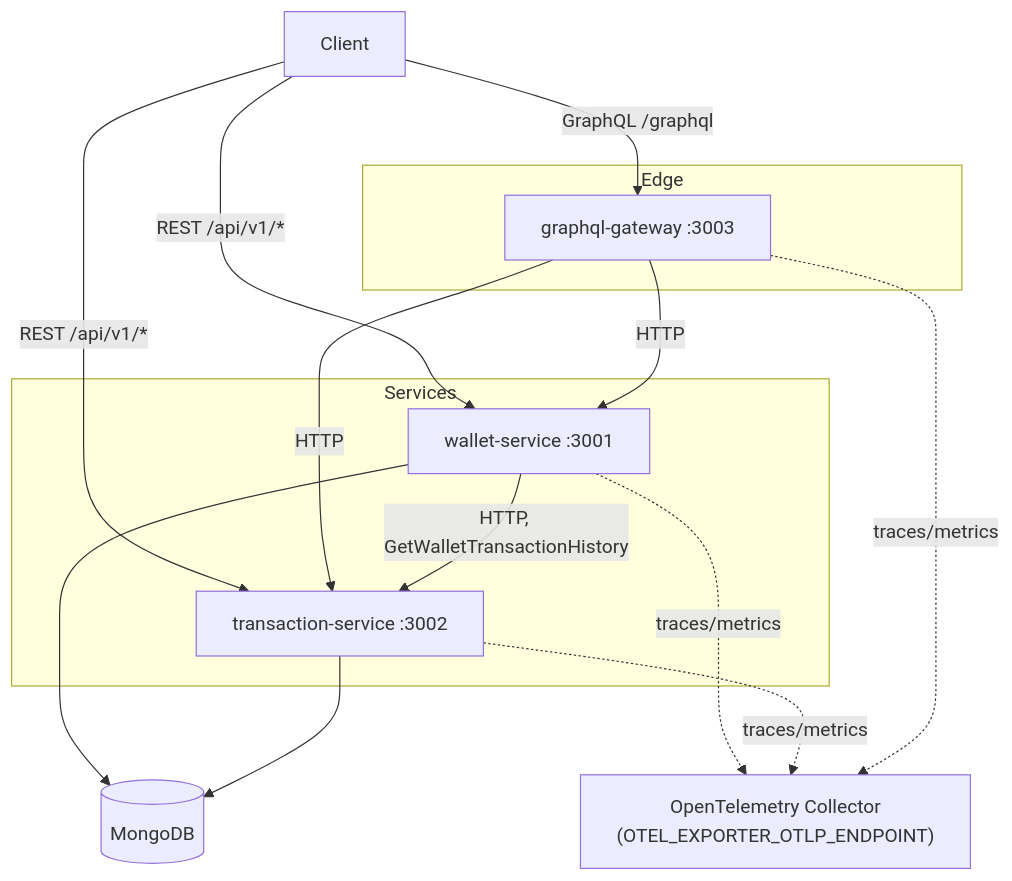
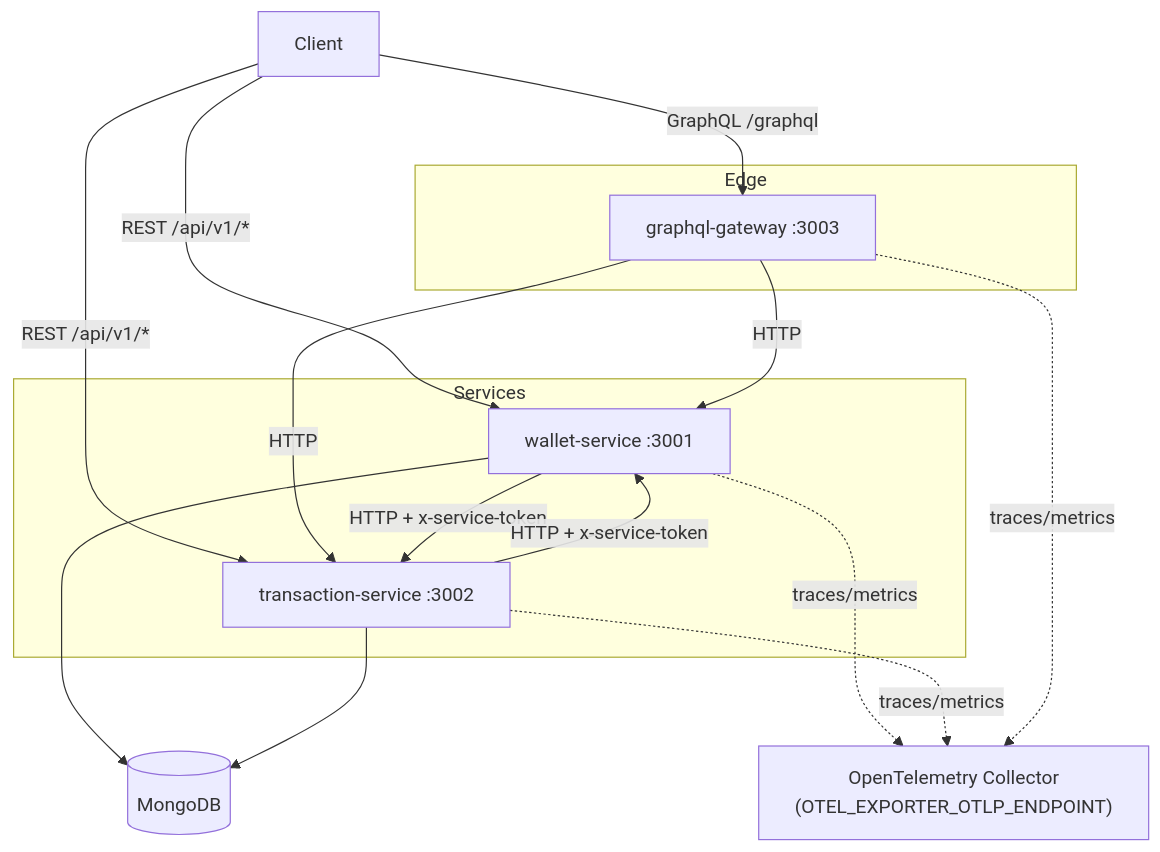
Before and after one commit to murpheux/zhios: the diagram in zuma/docs/architecture.md, drawn with Mermaid. The commit also changed other lines of this file and 349 other files, not shown here.

````diff
--- a/zuma/docs/architecture.md
+++ b/zuma/docs/architecture.md
@@ -5,32 +5,33 @@
 ```mermaid
 flowchart TB
     client[Client]
 
     subgraph edge["Edge"]
         gateway["graphql-gateway :3003"]
     end
 
     subgraph services["Services"]
         wallet["wallet-service :3001"]
         tx["transaction-service :3002"]
     end
 
     mongo[("MongoDB")]
     otel["OpenTelemetry Collector\n(OTEL_EXPORTER_OTLP_ENDPOINT)"]
 
     client -->|GraphQL /graphql| gateway
     client -->|REST /api/v1/*| wallet
     client -->|REST /api/v1/*| tx
 
     gateway -->|HTTP| wallet
     gateway -->|HTTP| tx
 
-    wallet -->|HTTP, GetWalletTransactionHistory| tx
+    wallet -->|HTTP + x-service-token| tx
+    tx -->|HTTP + x-service-token| wallet
 
     wallet --> mongo
     tx --> mongo
 
     wallet -.->|traces/metrics| otel
     tx -.->|traces/metrics| otel
     gateway -.->|traces/metrics| otel
 ```
````
